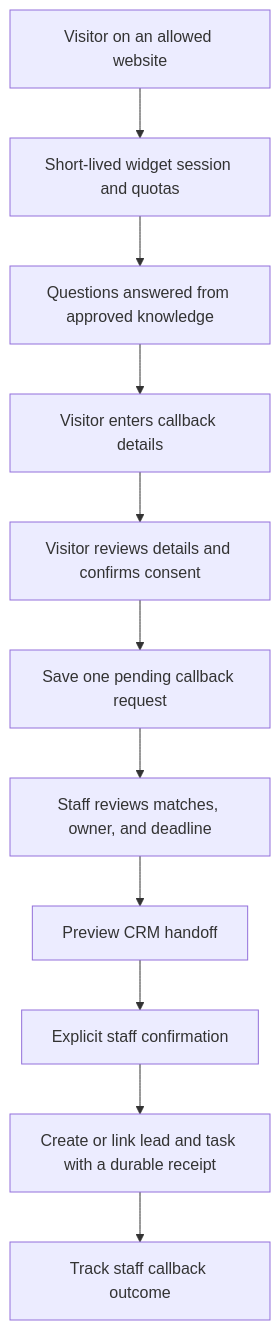
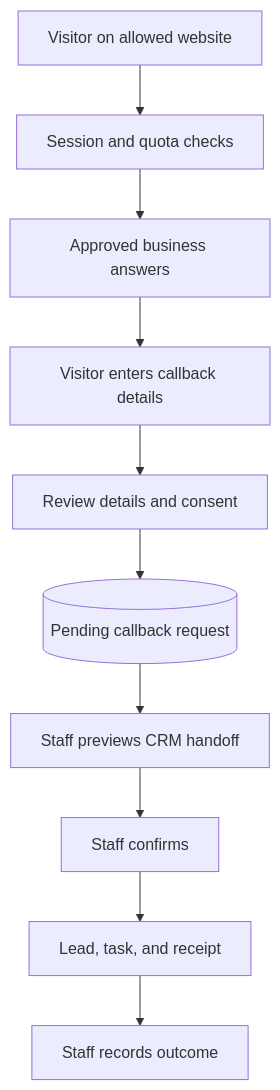
Before and after one commit to marckengland/flowrish-next: the fourth of 4 diagrams in docs/DATA_FLOWS.md, drawn with Mermaid. The commit also changed other lines of this file and 2 other files, not shown here.

Commit message:
docs: keep flowchart labels readable at page width

````diff
--- a/docs/DATA_FLOWS.md
+++ b/docs/DATA_FLOWS.md
@@ -78,13 +78,12 @@
 ```mermaid
 flowchart TD
-    visitor["Visitor on an allowed website"] --> session["Short-lived widget session and quotas"]
-    session --> chat["Questions answered from approved knowledge"]
+    visitor["Visitor on allowed website"] --> session["Session and quota checks"]
+    session --> chat["Approved business answers"]
     chat --> form["Visitor enters callback details"]
-    form --> consent["Visitor reviews details and confirms consent"]
-    consent --> pending["Save one pending callback request"]
-    pending --> staff["Staff reviews matches, owner, and deadline"]
-    staff --> preview["Preview CRM handoff"]
-    preview --> confirm["Explicit staff confirmation"]
-    confirm --> transaction["Create or link lead and task with a durable receipt"]
-    transaction --> outcome["Track staff callback outcome"]
+    form --> consent["Review details and consent"]
+    consent --> pending[("Pending callback request")]
+    pending --> staff["Staff previews CRM handoff"]
+    staff --> confirm["Staff confirms"]
+    confirm --> transaction["Lead, task, and receipt"]
+    transaction --> outcome["Staff records outcome"]
 ```
````
